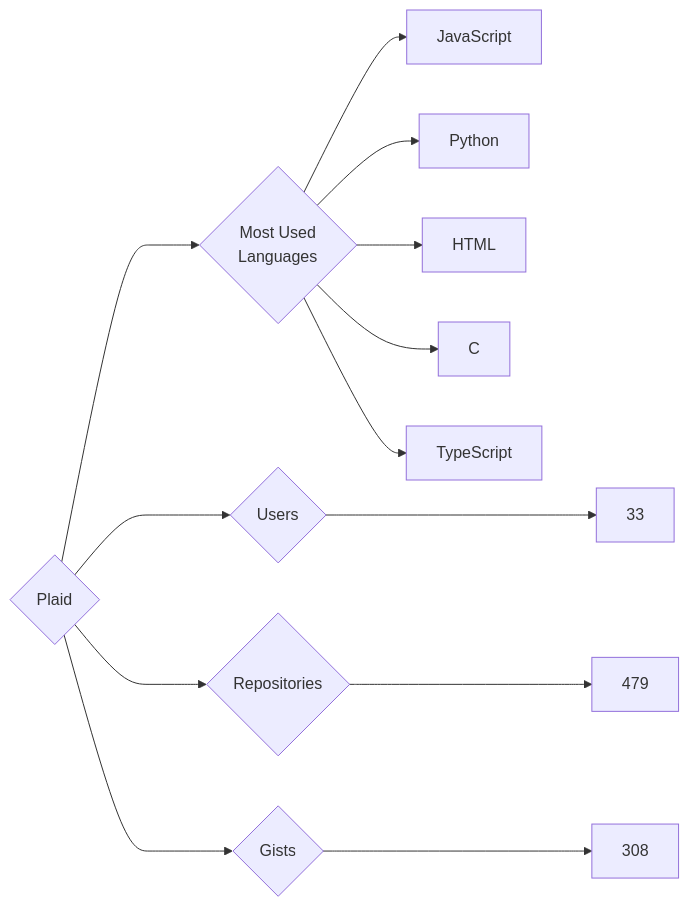
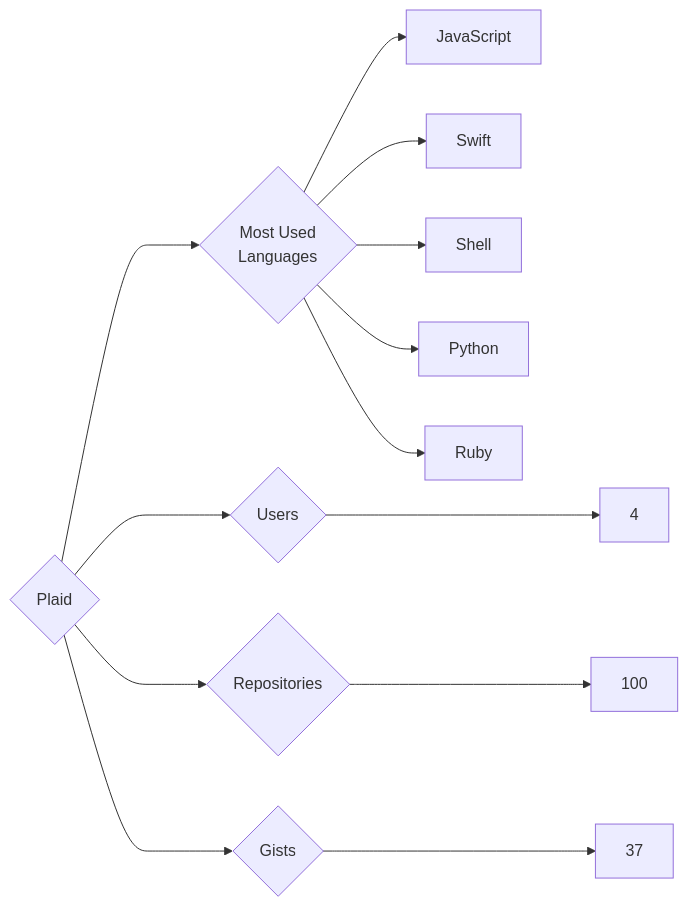
The diagram in targets/Plaid/README.md (trickest/insiders), drawn with Mermaid before and after one commit. The commit also changed 444 other files, not shown here.

````diff
--- a/targets/Plaid/README.md
+++ b/targets/Plaid/README.md
@@ -3,13 +3,13 @@
 ```mermaid
 graph LR
 COMPANY_NAME{Plaid}
-COMPANY_NAME ---> U{Users} ---> UN[33]
-COMPANY_NAME ---> R{Repositories} ---> RN[479]
-COMPANY_NAME ---> G{Gists} ---> GN[308]
+COMPANY_NAME ---> U{Users} ---> UN[4]
+COMPANY_NAME ---> R{Repositories} ---> RN[100]
+COMPANY_NAME ---> G{Gists} ---> GN[37]
 COMPANY_NAME ---> ML{Most Used<br>Languages}
 ML --> JavaScript[JavaScript]
+ML --> Swift[Swift]
+ML --> Shell[Shell]
 ML --> Python[Python]
-ML --> HTML[HTML]
-ML --> C[C]
-ML --> TypeScript[TypeScript]
+ML --> Ruby[Ruby]
 ```
````
